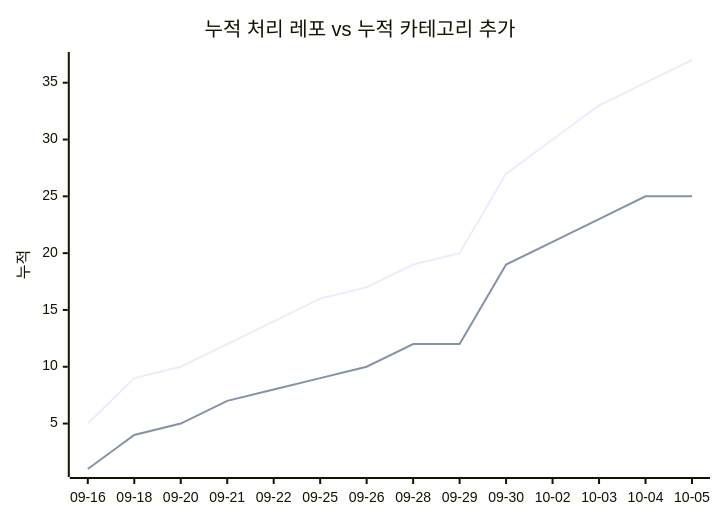
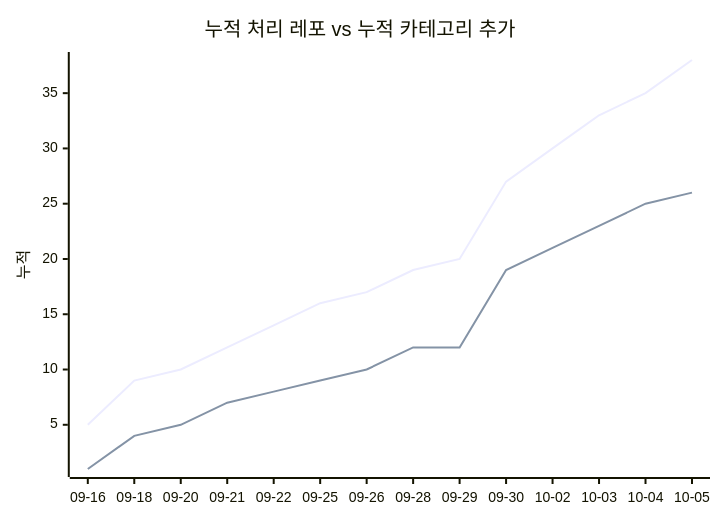
Before and after one commit to J-nowcow/awesome-korean-agent-skills: the second of 2 diagrams in docs/trends.md, drawn with Mermaid. The commit also changed other lines of this file and 3 other files, not shown here.

````diff
--- a/docs/trends.md
+++ b/docs/trends.md
@@ -68,8 +68,8 @@
 ```mermaid
 xychart-beta
     title "누적 처리 레포 vs 누적 카테고리 추가"
     x-axis ["09-16","09-18","09-20","09-21","09-22","09-25","09-26","09-28","09-29","09-30","10-02","10-03","10-04","10-05"]
     y-axis "누적"
-    line [5,9,10,12,14,16,17,19,20,27,30,33,35,37]
-    line [1,4,5,7,8,9,10,12,12,19,21,23,25,25]
+    line [5,9,10,12,14,16,17,19,20,27,30,33,35,38]
+    line [1,4,5,7,8,9,10,12,12,19,21,23,25,26]
 ```
````
